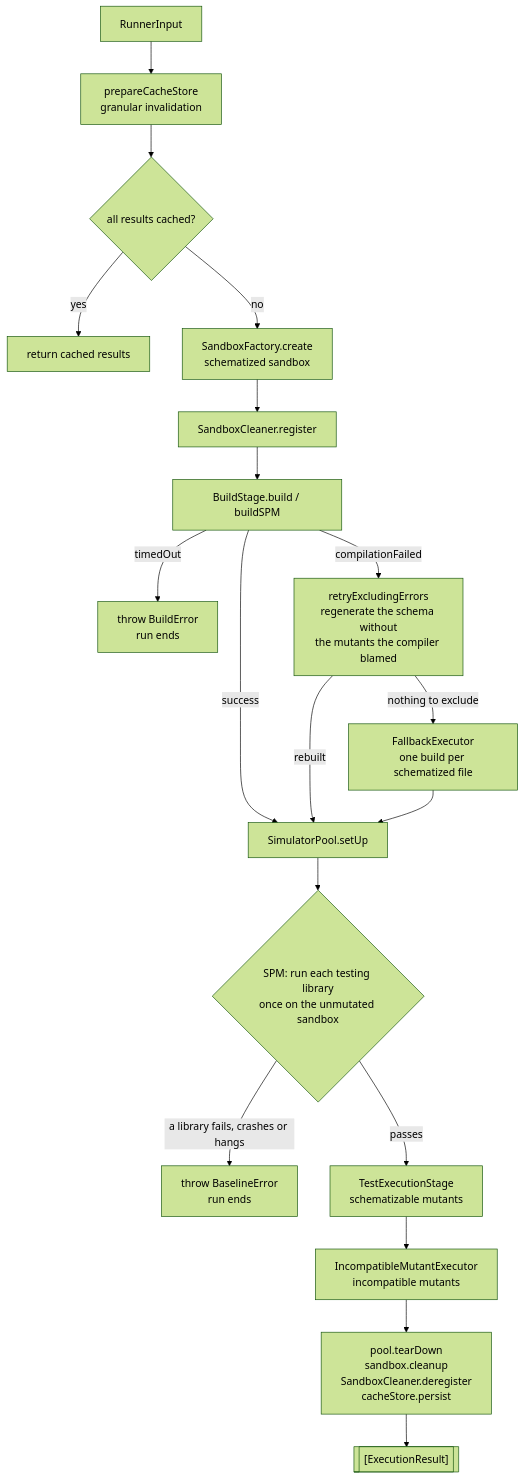
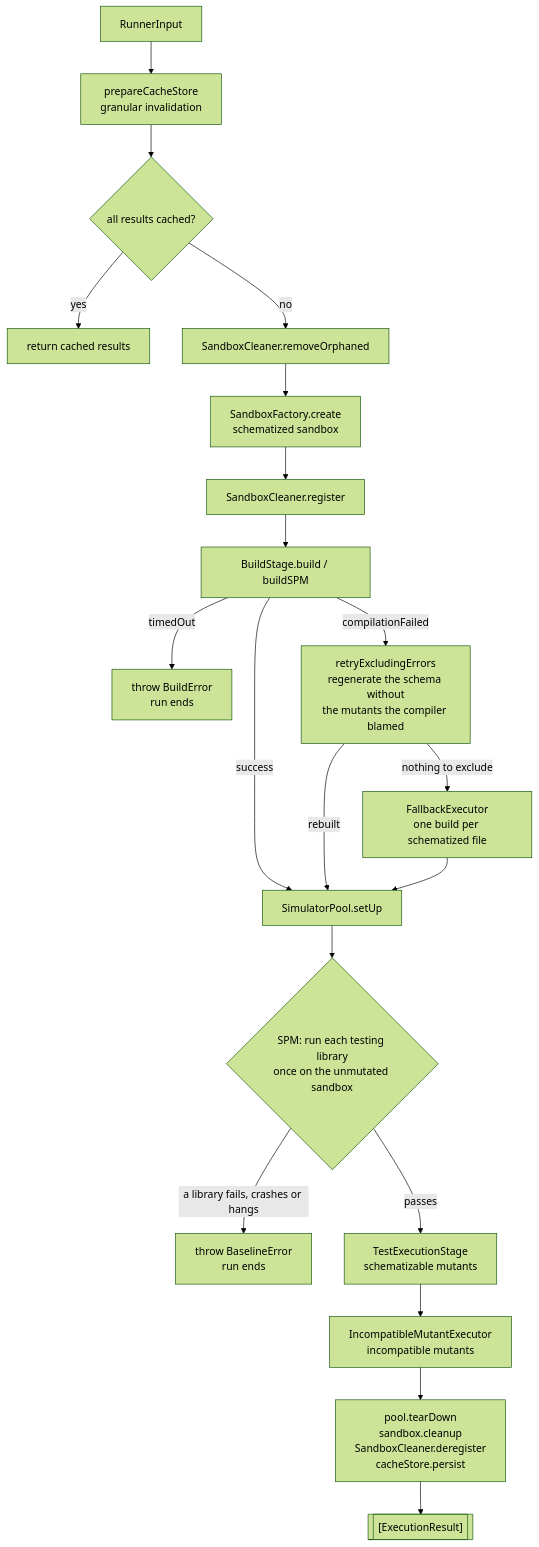
One commit to C24-Bank/swift-mutation-testing changed the first of 6 diagrams in Docs/CodeBase/07-execution.md. Above: the diagram before and after it, drawn with Mermaid (forest theme). The commit also changed 4 other files, not shown here.

````diff
--- a/Docs/CodeBase/07-execution.md
+++ b/Docs/CodeBase/07-execution.md
@@ -18,21 +18,22 @@
 ```mermaid
 flowchart TD
     IN[RunnerInput] --> PREP[prepareCacheStore\ngranular invalidation]
     PREP --> CACHE{all results cached?}
     CACHE -- yes --> RETURN[return cached results]
-    CACHE -- no --> SANDBOX[SandboxFactory.create\nschematized sandbox]
+    CACHE -- no --> SWEEP[SandboxCleaner.removeOrphaned]
+    SWEEP --> SANDBOX[SandboxFactory.create\nschematized sandbox]
     SANDBOX --> REG[SandboxCleaner.register]
     REG --> BUILD[BuildStage.build / buildSPM]
     BUILD -- success --> POOL[SimulatorPool.setUp]
     BUILD -- timedOut --> ABORT[throw BuildError\nrun ends]
     BUILD -- compilationFailed --> RETRY[retryExcludingErrors\nregenerate the schema without\nthe mutants the compiler blamed]
     RETRY -- rebuilt --> POOL
     RETRY -- nothing to exclude --> FALLBACK[FallbackExecutor\none build per schematized file]
     FALLBACK --> POOL
     POOL --> PROBE{SPM: run each testing library\nonce on the unmutated sandbox}
     PROBE -- a library fails, crashes or hangs --> ABORTB[throw BaselineError\nrun ends]
     PROBE -- passes --> NORMAL[TestExecutionStage\nschematizable mutants]
     NORMAL --> INCOMPAT[IncompatibleMutantExecutor\nincompatible mutants]
     INCOMPAT --> TEARDOWN[pool.tearDown\nsandbox.cleanup\nSandboxCleaner.deregister\ncacheStore.persist]
     TEARDOWN --> RESULTS[["[ExecutionResult]"]]
 ```
````
